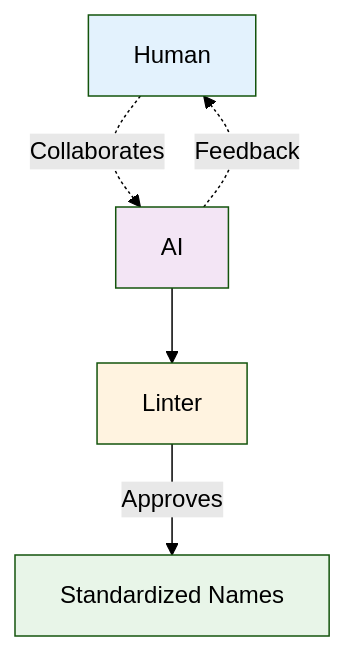
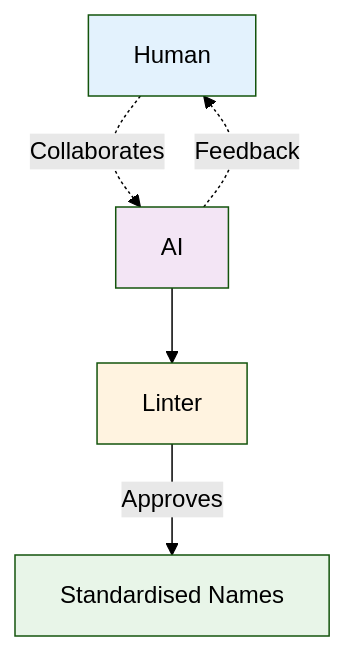
The third of 4 diagrams in index.qmd (IndrajeetPatil/second-hardest-cs-thing), drawn with Mermaid (forest theme) before and after one commit. The commit also changed other lines of this file and 1 other file, not shown here.

Commit message:
docs(spelling): use British spelling and Oxford comma (#97)
Updates the repo to follow the new spelling and punctuation rule defined
in AGENTS.md.

````diff
--- a/index.qmd
+++ b/index.qmd
@@ -1019,14 +1019,14 @@
 ```{mermaid}
 %%| eval: true
 %%| echo: false
 flowchart TD
     H[Human] -.->|Collaborates| A[AI]
     A -.->|Feedback| H
     A --> L[Linter]
-    L -->|Approves| S[Standardized Names]
+    L -->|Approves| S[Standardised Names]
 
     style H fill:#e3f2fd,color:#000
     style A fill:#f3e5f5,color:#000
     style L fill:#fff3e0,color:#000
     style S fill:#e8f5e8,color:#000
 ```
````
